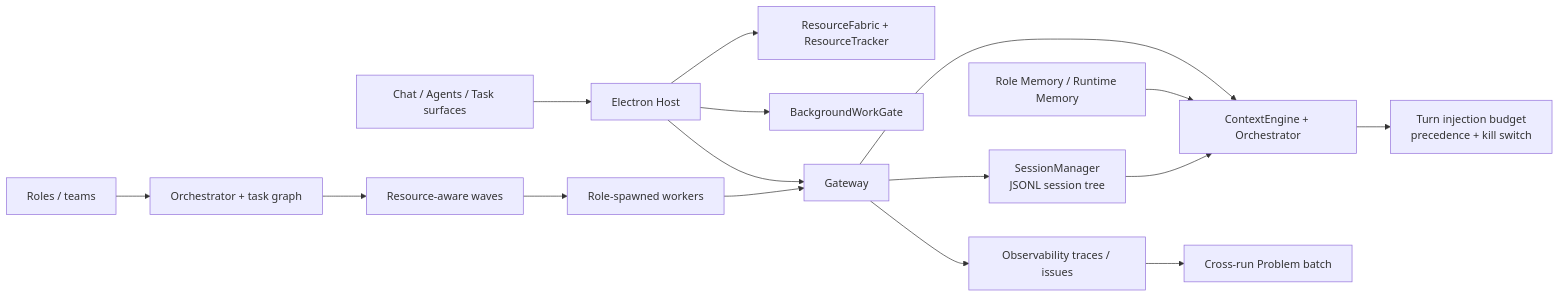
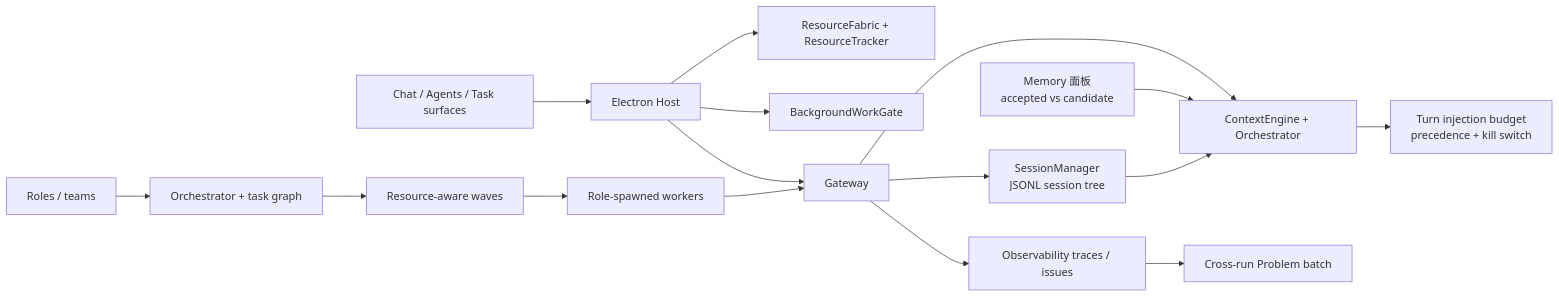
One commit to Baixu22/VerseClaw changed the diagram in README.zh-CN.md. Above: the diagram before and after it, drawn with Mermaid. The commit also changed other lines of this file and 36 other files, not shown here.

````diff
--- a/README.zh-CN.md
+++ b/README.zh-CN.md
@@ -222,18 +223,18 @@
 ```mermaid
 flowchart LR
   UI["Chat / Agents / Task surfaces"] --> HOST["Electron Host"]
   HOST --> RESOURCE["ResourceFabric + ResourceTracker"]
   HOST --> SHED["BackgroundWorkGate"]
   HOST --> GATEWAY["Gateway"]
   GATEWAY --> SESSION["SessionManager<br/>JSONL session tree"]
   GATEWAY --> CONTEXT["ContextEngine + Orchestrator"]
-  MEMORY["Role Memory / Runtime Memory"] --> CONTEXT
+  MEMORY["Memory 面板<br/>accepted vs candidate"] --> CONTEXT
   SESSION --> CONTEXT
   CONTEXT --> BUDGET["Turn injection budget<br/>precedence + kill switch"]
   ROLE["Roles / teams"] --> ORCH["Orchestrator + task graph"]
   ORCH --> WAVES["Resource-aware waves"]
   WAVES --> WORKERS["Role-spawned workers"]
   WORKERS --> GATEWAY
   GATEWAY --> OBS["Observability traces / issues"]
   OBS --> PROBLEMS["Cross-run Problem batch"]
 ```
````
